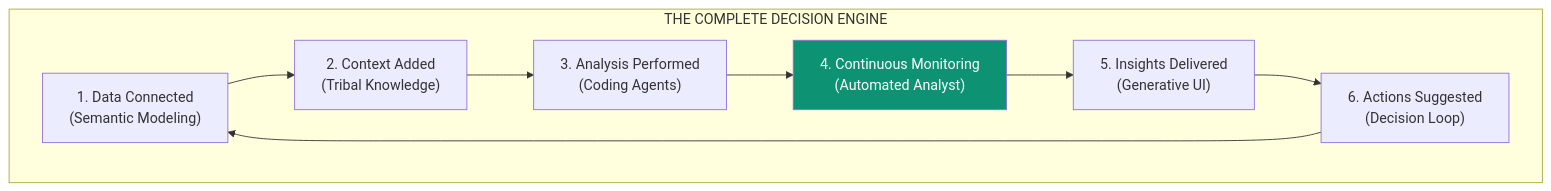
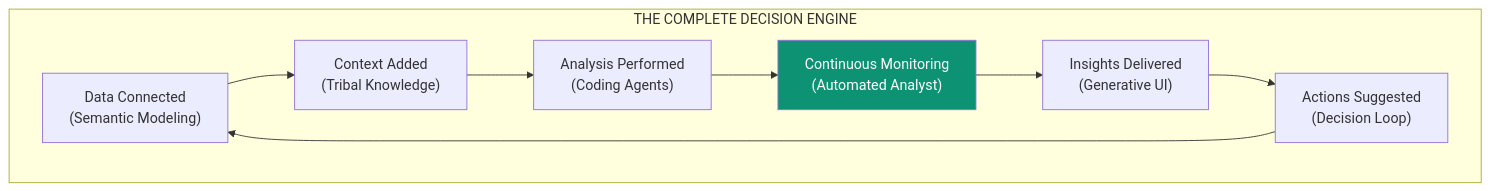
The seventh of 7 diagrams in ip/automated-analyst.mdx (ashishsuperatom/tech-docs), drawn with Mermaid before and after one commit. The commit also changed 13 other files, not shown here.

First line of the commit message:
Add Superatom AI logo and fix Mermaid diagram rendering

````diff
--- a/ip/automated-analyst.mdx
+++ b/ip/automated-analyst.mdx
@@ -328,16 +328,16 @@
 ```mermaid
 flowchart TB
     subgraph COMPLETE["THE COMPLETE DECISION ENGINE"]
-        DATA["1. Data Connected<br>(Semantic Modeling)"]
-        UNDERSTAND["2. Context Added<br>(Tribal Knowledge)"]
-        ANALYZE["3. Analysis Performed<br>(Coding Agents)"]
-        MONITOR["4. Continuous Monitoring<br>(Automated Analyst)"]
-        INSIGHT["5. Insights Delivered<br>(Generative UI)"]
-        ACTION["6. Actions Suggested<br>(Decision Loop)"]
+        DATA["Data Connected<br>(Semantic Modeling)"]
+        UNDERSTAND["Context Added<br>(Tribal Knowledge)"]
+        ANALYZE["Analysis Performed<br>(Coding Agents)"]
+        MONITOR["Continuous Monitoring<br>(Automated Analyst)"]
+        INSIGHT["Insights Delivered<br>(Generative UI)"]
+        ACTION["Actions Suggested<br>(Decision Loop)"]
     end
 
     DATA --> UNDERSTAND --> ANALYZE --> MONITOR --> INSIGHT --> ACTION
     ACTION --> DATA
 
     style MONITOR fill:#0D9373,color:#fff
 ```
````
